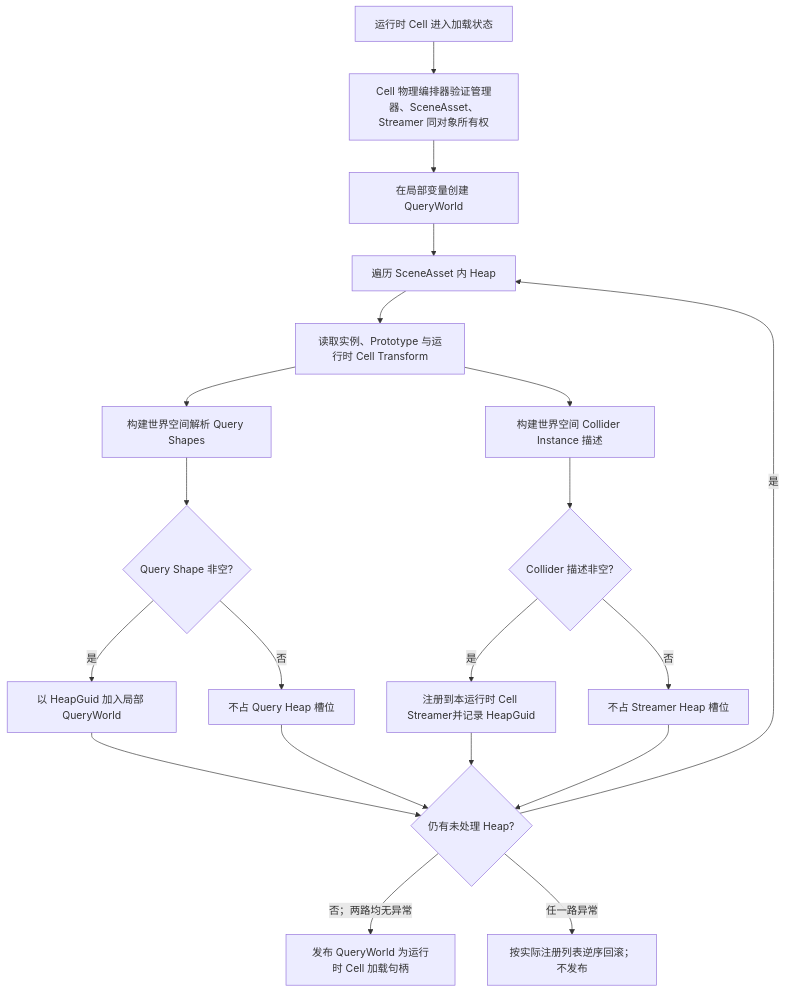
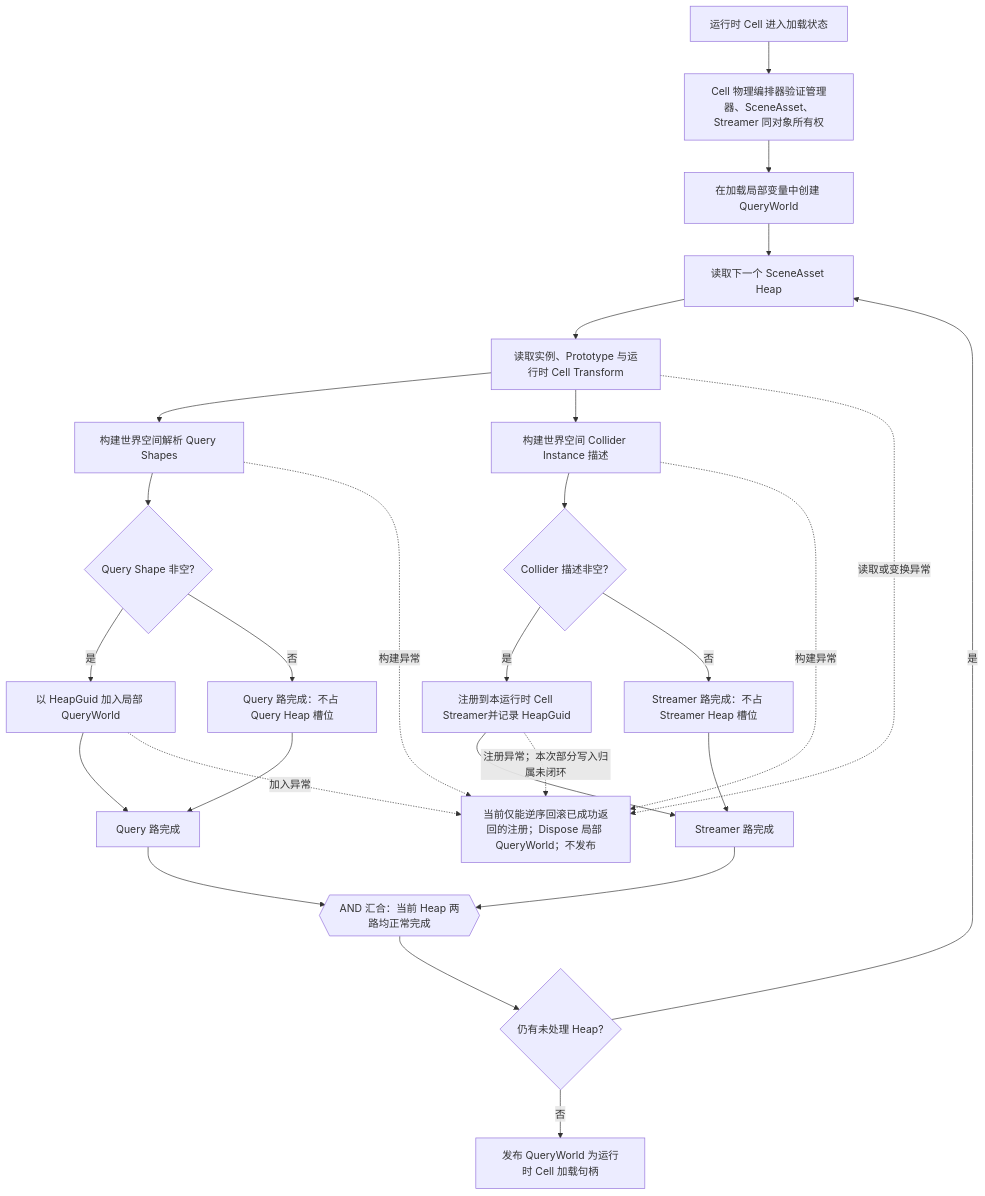
The first of 3 diagrams in data/unity-vegetation-multi-cell-physics-streaming.md (KTSAMA001/AgentSkill-Akasha-KT), drawn with Mermaid before and after one commit. The commit also changed other lines of this file and 16 other files, not shown here.

````diff
--- a/data/unity-vegetation-multi-cell-physics-streaming.md
+++ b/data/unity-vegetation-multi-cell-physics-streaming.md
@@ -77,22 +83,34 @@
 ```mermaid
 flowchart TD
     A[运行时 Cell 进入加载状态] --> B[Cell 物理编排器验证管理器、SceneAsset、Streamer 同对象所有权]
-    B --> C[在局部变量创建 QueryWorld]
-    C --> D[遍历 SceneAsset 内 Heap]
+    B --> C[在加载局部变量中创建 QueryWorld]
+    C --> D[读取下一个 SceneAsset Heap]
     D --> E[读取实例、Prototype 与运行时 Cell Transform]
+
     E --> F[构建世界空间解析 Query Shapes]
     E --> G[构建世界空间 Collider Instance 描述]
+
     F --> H{Query Shape 非空?}
     H -- 是 --> I[以 HeapGuid 加入局部 QueryWorld]
-    H -- 否 --> J[不占 Query Heap 槽位]
+    H -- 否 --> J[Query 路完成：不占 Query Heap 槽位]
+    I --> QD[Query 路完成]
+    J --> QD
+
     G --> K{Collider 描述非空?}
     K -- 是 --> L[注册到本运行时 Cell Streamer并记录 HeapGuid]
-    K -- 否 --> M[不占 Streamer Heap 槽位]
-    I --> R{仍有未处理 Heap?}
-    J --> R
-    L --> R
-    M --> R
+    K -- 否 --> M[Streamer 路完成：不占 Streamer Heap 槽位]
+    L --> SD[Streamer 路完成]
+    M --> SD
+
+    QD --> Z{{AND 汇合：当前 Heap 两路均正常完成}}
+    SD --> Z
+    Z --> R{仍有未处理 Heap?}
     R -- 是 --> D
-    R -- 否；两路均无异常 --> N[发布 QueryWorld 为运行时 Cell 加载句柄]
-    R -- 任一路异常 --> X[按实际注册列表逆序回滚；不发布]
+    R -- 否 --> N[发布 QueryWorld 为运行时 Cell 加载句柄]
+
+    E -. 读取或变换异常 .-> X[当前仅能逆序回滚已成功返回的注册；Dispose 局部 QueryWorld；不发布]
+    F -. 构建异常 .-> X
+    G -. 构建异常 .-> X
+    I -. 加入异常 .-> X
+    L -. 注册异常；本次部分写入归属未闭环 .-> X
 ```
````
